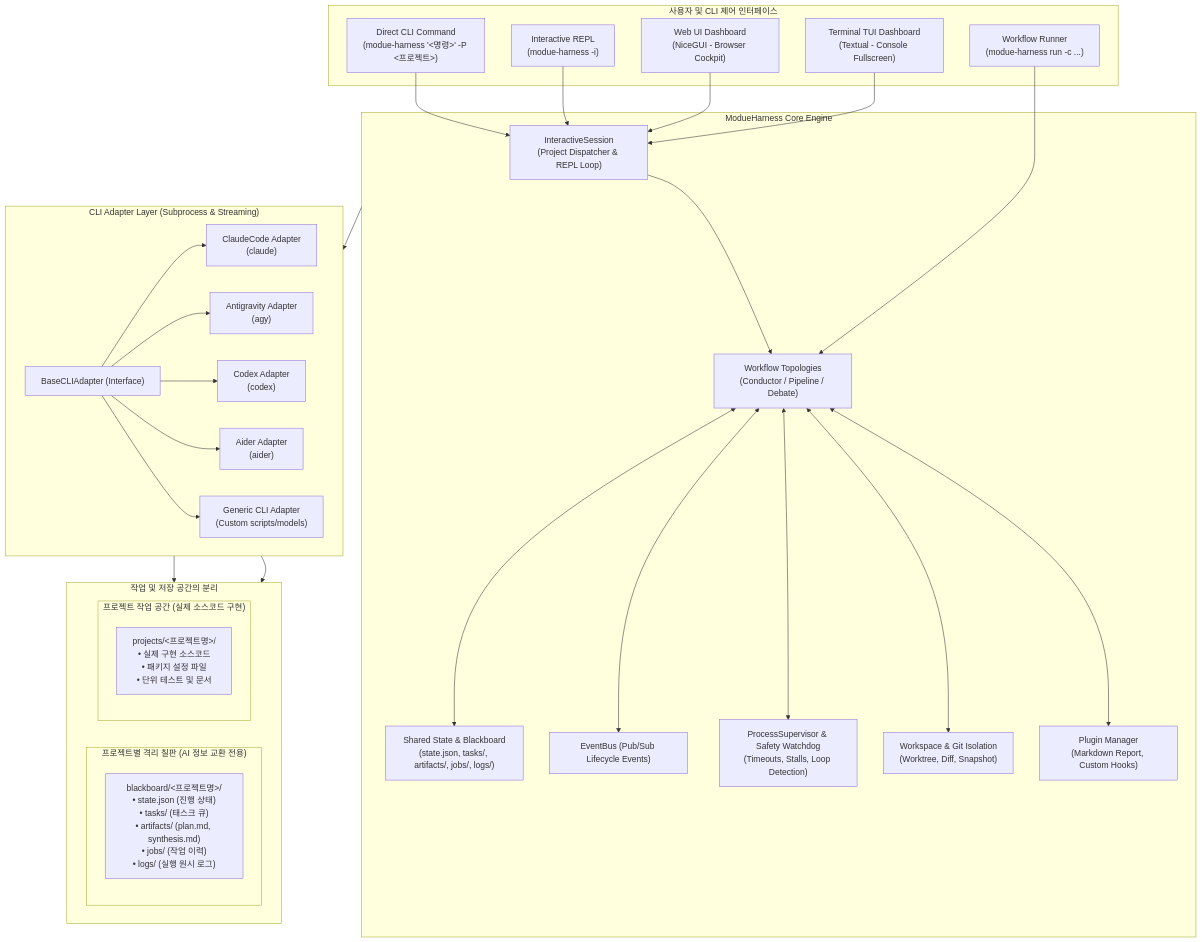
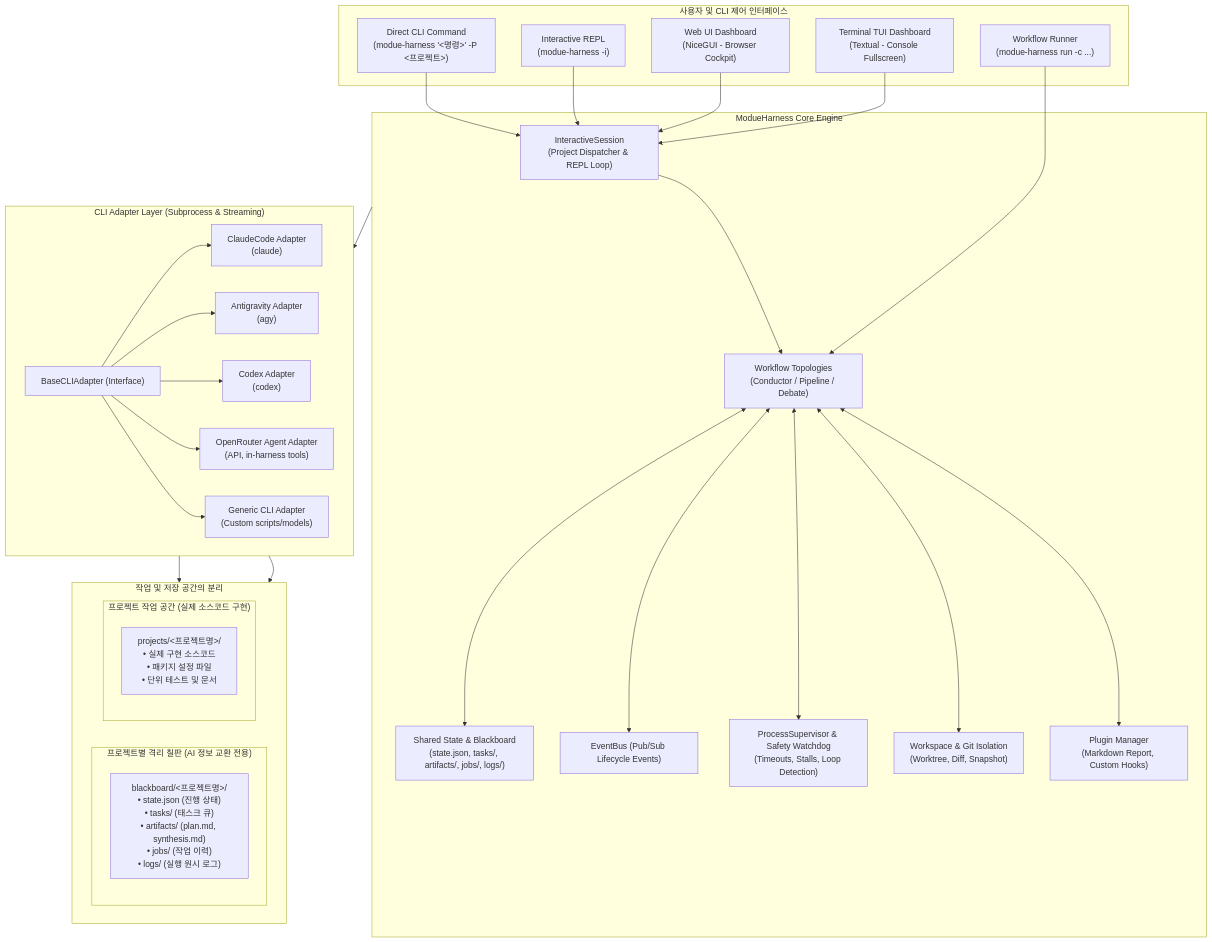
Before and after one commit to jaenimi-dev/ModueHarness: the first of 2 diagrams in docs/architecture.md, drawn with Mermaid. The commit also changed other lines of this file and 15 other files, not shown here.

````diff
--- a/docs/architecture.md
+++ b/docs/architecture.md
@@ -18,64 +18,64 @@
 ```mermaid
 flowchart TB
     subgraph UserInterface["사용자 및 CLI 제어 인터페이스"]
         CLICommand["Direct CLI Command\n(modue-harness '<명령>' -P <프로젝트>)"]
         REPL["Interactive REPL\n(modue-harness -i)"]
         WebUI["Web UI Dashboard\n(NiceGUI - Browser Cockpit)"]
         TUI["Terminal TUI Dashboard\n(Textual - Console Fullscreen)"]
         LegacyWorkflow["Workflow Runner\n(modue-harness run -c ...)"]
     end
 
     subgraph CoreEngine["ModueHarness Core Engine"]
         InteractiveEngine["InteractiveSession\n(Project Dispatcher & REPL Loop)"]
         WorkflowMgr["Workflow Topologies\n(Conductor / Pipeline / Debate)"]
         Blackboard["Shared State & Blackboard\n(state.json, tasks/, artifacts/, jobs/, logs/)"]
         EventBus["EventBus (Pub/Sub Lifecycle Events)"]
         Supervisor["ProcessSupervisor & Safety Watchdog\n(Timeouts, Stalls, Loop Detection)"]
         WorkspaceMgr["Workspace & Git Isolation\n(Worktree, Diff, Snapshot)"]
         Plugins["Plugin Manager\n(Markdown Report, Custom Hooks)"]
         
         InteractiveEngine --> WorkflowMgr
         WorkflowMgr <--> Blackboard
         WorkflowMgr <--> EventBus
         WorkflowMgr <--> Supervisor
         WorkflowMgr <--> WorkspaceMgr
         WorkflowMgr <--> Plugins
     end
 
     subgraph AdapterLayer["CLI Adapter Layer (Subprocess & Streaming)"]
         BaseAdapter["BaseCLIAdapter (Interface)"]
         
         ClaudeAdapter["ClaudeCode Adapter\n(claude)"]
         AGYAdapter["Antigravity Adapter\n(agy)"]
         CodexAdapter["Codex Adapter\n(codex)"]
-        AiderAdapter["Aider Adapter\n(aider)"]
+        OpenRouterAdapter["OpenRouter Agent Adapter\n(API, in-harness tools)"]
         GenericAdapter["Generic CLI Adapter\n(Custom scripts/models)"]
         
         BaseAdapter --> ClaudeAdapter
         BaseAdapter --> AGYAdapter
         BaseAdapter --> CodexAdapter
-        BaseAdapter --> AiderAdapter
+        BaseAdapter --> OpenRouterAdapter
         BaseAdapter --> GenericAdapter
     end
 
     subgraph StorageSpaces["작업 및 저장 공간의 분리"]
         direction LR
         subgraph BlackboardSpace["프로젝트별 격리 칠판 (AI 정보 교환 전용)"]
             BBDir["blackboard/<프로젝트명>/\n• state.json (진행 상태)\n• tasks/ (태스크 큐)\n• artifacts/ (plan.md, synthesis.md)\n• jobs/ (작업 이력)\n• logs/ (실행 원시 로그)"]
         end
 
         subgraph ProjectSpace["프로젝트 작업 공간 (실제 소스코드 구현)"]
             ProjDir["projects/<프로젝트명>/\n• 실제 구현 소스코드\n• 패키지 설정 파일\n• 단위 테스트 및 문서"]
         end
     end
 
     CLICommand --> InteractiveEngine
     REPL --> InteractiveEngine
     WebUI --> InteractiveEngine
     TUI --> InteractiveEngine
     LegacyWorkflow --> WorkflowMgr
 
     CoreEngine --> AdapterLayer
     AdapterLayer --> BlackboardSpace
     AdapterLayer --> ProjectSpace
 ```
````
